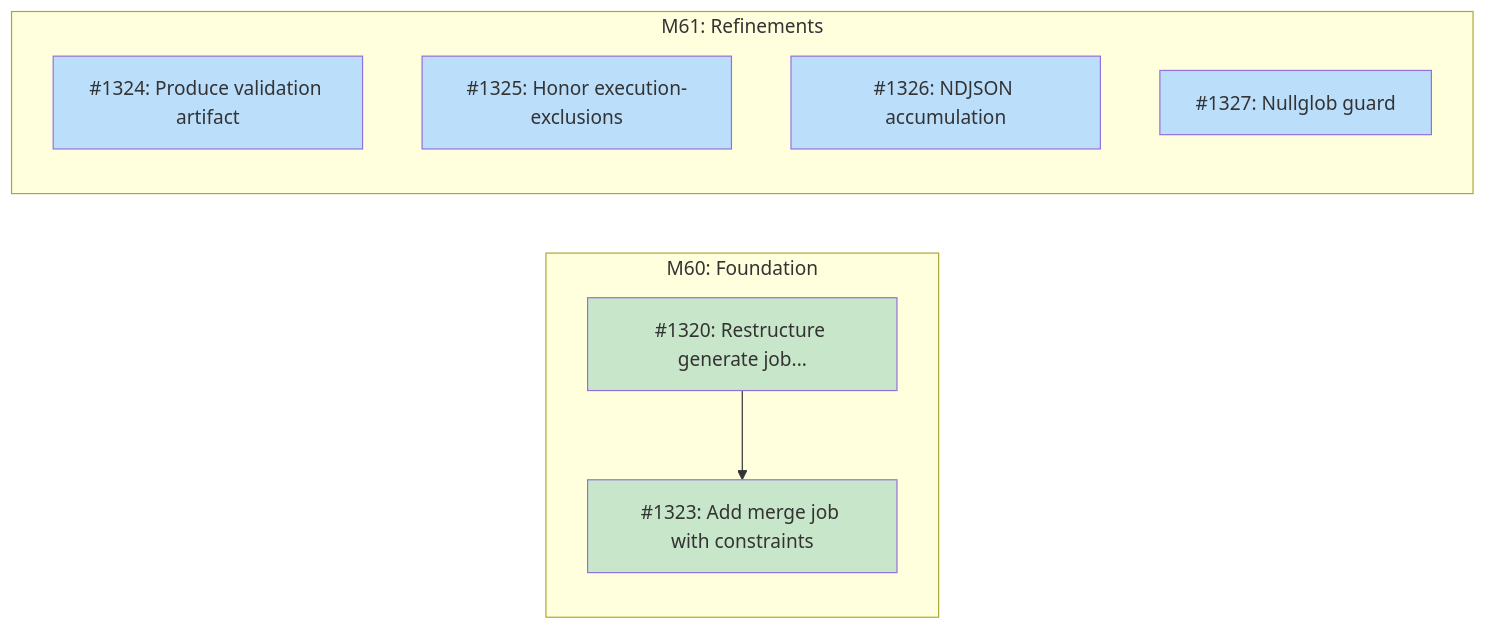
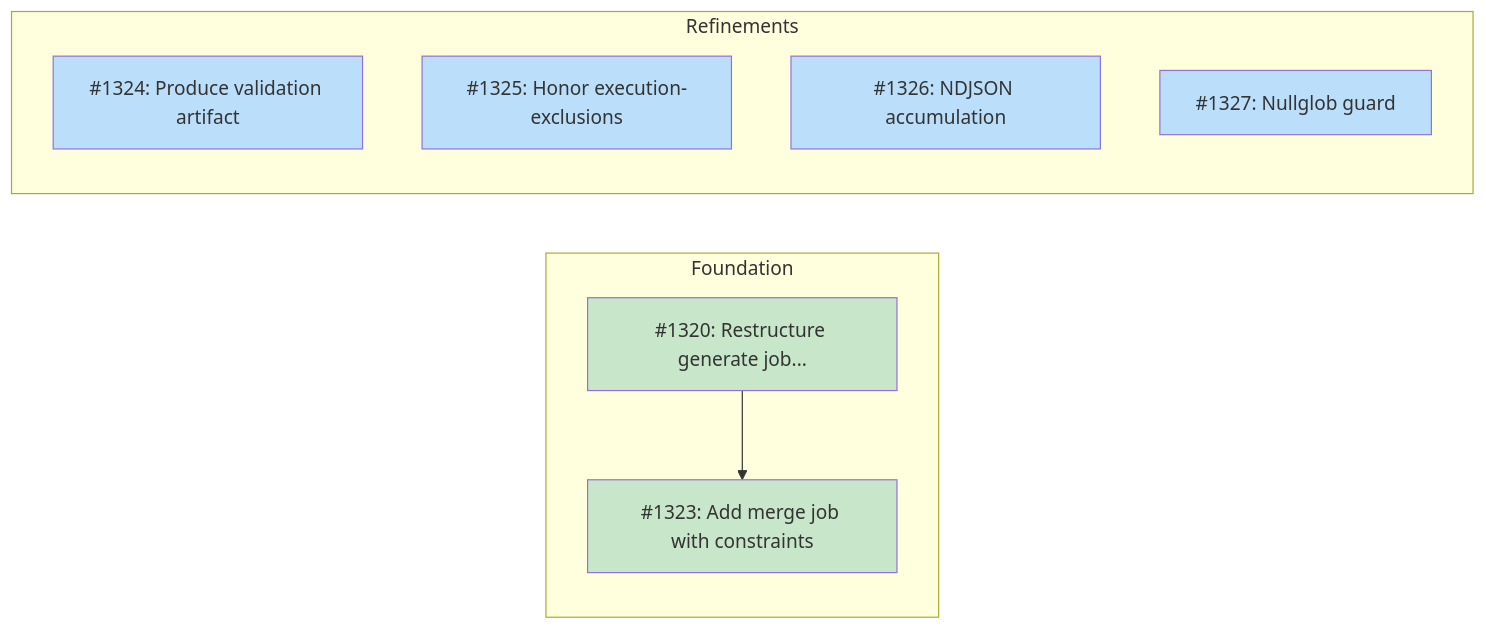
One commit to tsukumogami/tsuku changed the diagram in docs/designs/DESIGN-batch-platform-validation.md. Above: the diagram before and after it, drawn with Mermaid. The commit also changed 1 other file, not shown here.

Commit message:
docs(design): fix diagram validation failures
Remove M60/M61 from subgraph display labels in platform validation
design to avoid MM11 false positives. Mark #1256 as needsDesign in
batch recipe generation diagram to match its GitHub label.

````diff
--- a/docs/designs/DESIGN-batch-platform-validation.md
+++ b/docs/designs/DESIGN-batch-platform-validation.md
@@ -43,24 +43,24 @@
 ```mermaid
 graph LR
-    subgraph Foundation["M60: Foundation"]
+    subgraph Foundation["Foundation"]
         I1320["#1320: Restructure generate job..."]
         I1323["#1323: Add merge job with constraints"]
     end
 
-    subgraph Refinements["M61: Refinements"]
+    subgraph Refinements["Refinements"]
         I1324["#1324: Produce validation artifact"]
         I1325["#1325: Honor execution-exclusions"]
         I1326["#1326: NDJSON accumulation"]
         I1327["#1327: Nullglob guard"]
     end
 
     I1320 --> I1323
 
     classDef done fill:#c8e6c9
     classDef ready fill:#bbdefb
     classDef blocked fill:#fff9c4
     classDef needsDesign fill:#e1bee7
 
     class I1320,I1323 done
     class I1324,I1325,I1326,I1327 ready
 ```
````
